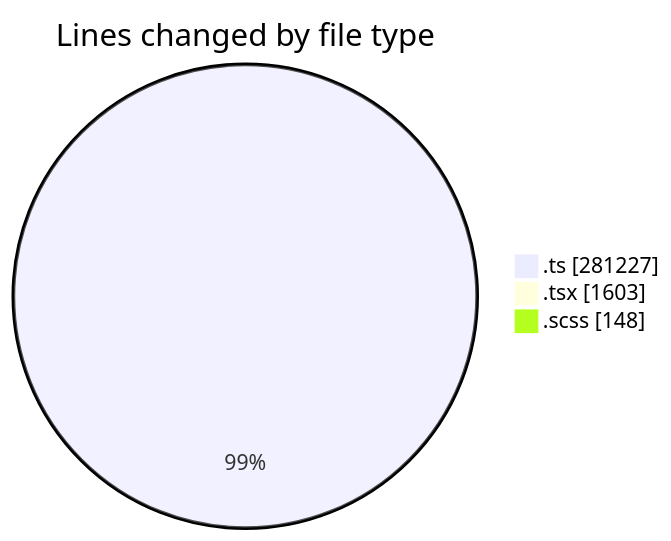
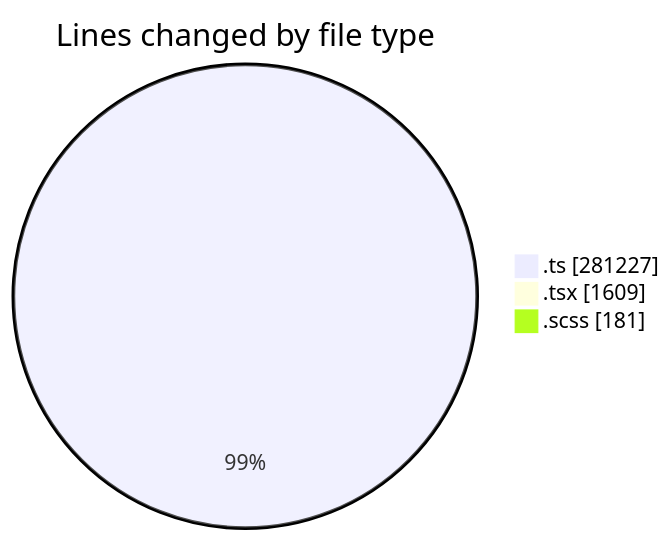
One commit to momahboobian/code-tracking changed the first of 2 diagrams in 2025-08-22/cda/README.md. Above: the diagram before and after it, drawn with Mermaid. The commit also changed other lines of this file and 1 other file, not shown here.

````diff
--- a/2025-08-22/cda/README.md
+++ b/2025-08-22/cda/README.md
@@ -38,7 +38,7 @@
 ```mermaid
 pie showData
 title Lines changed by file type
 ".ts" : 281227
-".tsx" : 1603
-".scss" : 148
+".tsx" : 1609
+".scss" : 181
 ```
````
